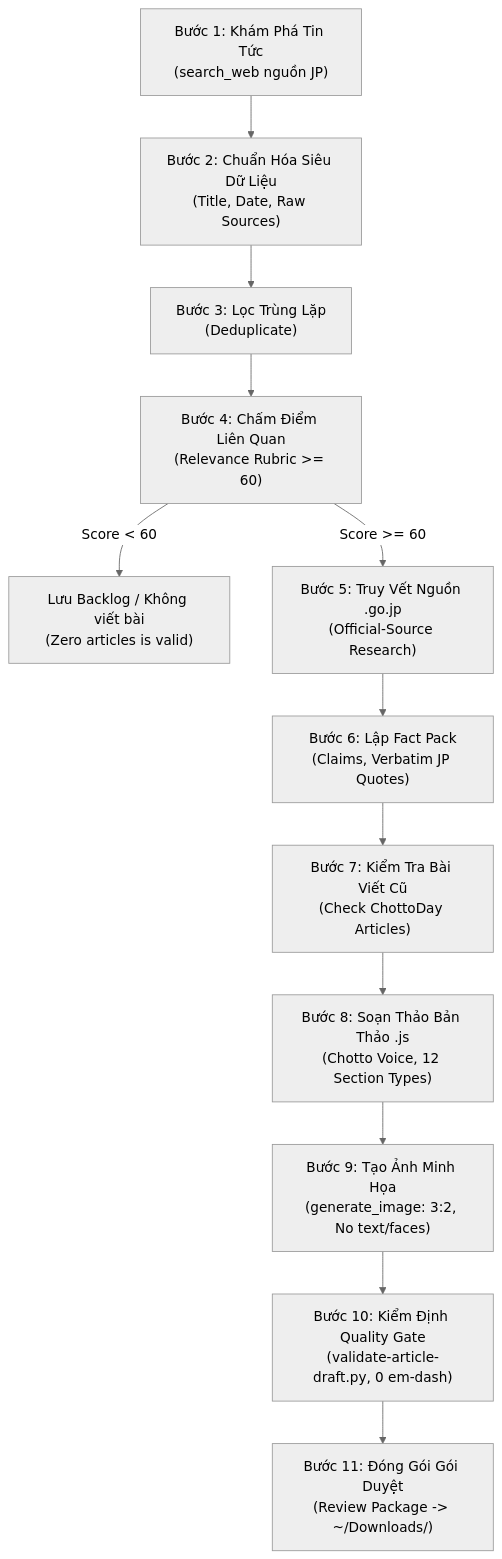
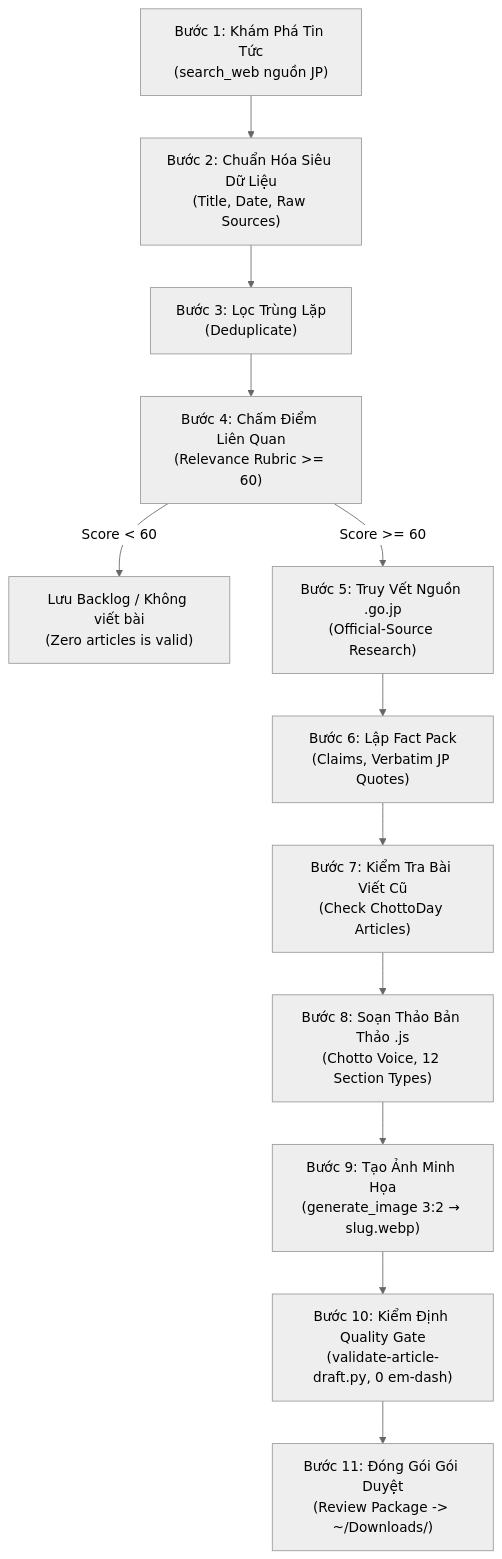
The diagram in .agents/skills/chotto-newsroom/SKILL.md (bangluutru/ai-workforce), drawn with Mermaid (neutral theme) before and after one commit. The commit also changed other lines of this file and 6 other files, not shown here.

````diff
--- a/.agents/skills/chotto-newsroom/SKILL.md
+++ b/.agents/skills/chotto-newsroom/SKILL.md
@@ -75,14 +75,14 @@
 ```mermaid
 graph TD
     S1["Bước 1: Khám Phá Tin Tức<br/>(search_web nguồn JP)"] --> S2["Bước 2: Chuẩn Hóa Siêu Dữ Liệu<br/>(Title, Date, Raw Sources)"]
     S2 --> S3["Bước 3: Lọc Trùng Lặp<br/>(Deduplicate)"]
     S3 --> S4["Bước 4: Chấm Điểm Liên Quan<br/>(Relevance Rubric >= 60)"]
     S4 -->|Score < 60| S4B["Lưu Backlog / Không viết bài<br/>(Zero articles is valid)"]
     S4 -->|Score >= 60| S5["Bước 5: Truy Vết Nguồn .go.jp<br/>(Official-Source Research)"]
     S5 --> S6["Bước 6: Lập Fact Pack<br/>(Claims, Verbatim JP Quotes)"]
     S6 --> S7["Bước 7: Kiểm Tra Bài Viết Cũ<br/>(Check ChottoDay Articles)"]
     S7 --> S8["Bước 8: Soạn Thảo Bản Thảo .js<br/>(Chotto Voice, 12 Section Types)"]
-    S8 --> S9["Bước 9: Tạo Ảnh Minh Họa<br/>(generate_image: 3:2, No text/faces)"]
+    S8 --> S9["Bước 9: Tạo Ảnh Minh Họa<br/>(generate_image 3:2 → slug.webp)"]
     S9 --> S10["Bước 10: Kiểm Định Quality Gate<br/>(validate-article-draft.py, 0 em-dash)"]
     S10 --> S11["Bước 11: Đóng Gói Gói Duyệt<br/>(Review Package -> ~/Downloads/)"]
 ```
````
